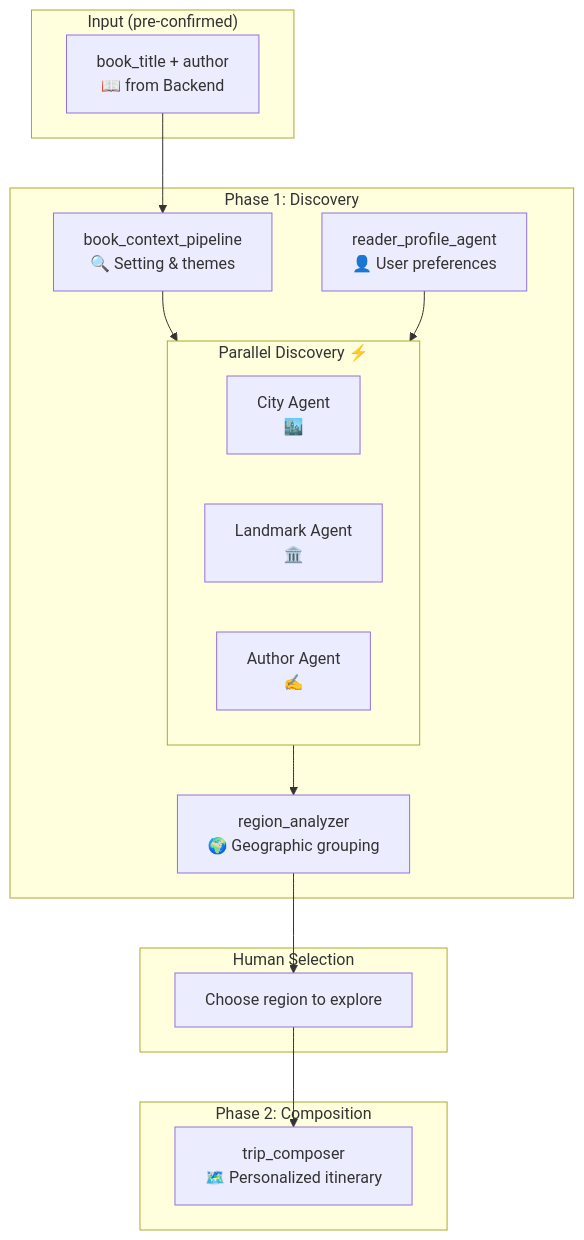
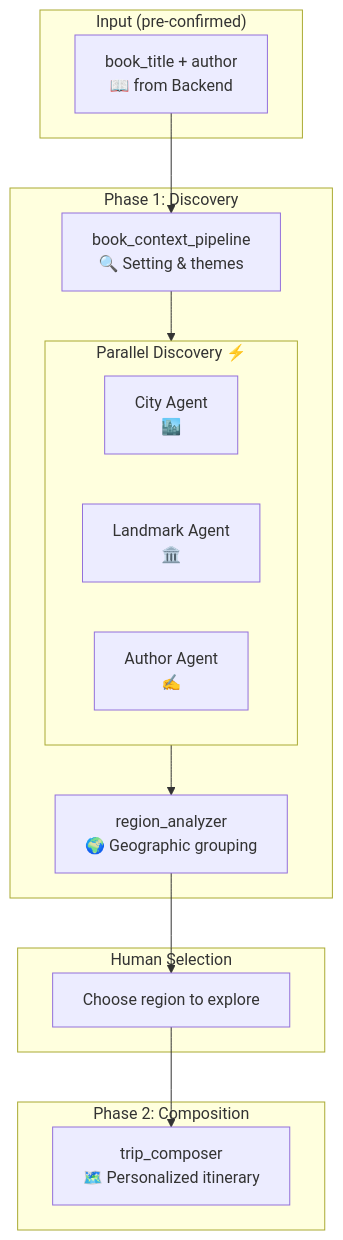
The diagram in README.md (o-ostrovskiy/storyland-ai), drawn with Mermaid before and after one commit. The commit also changed other lines of this file and 7 other files, not shown here.

````diff
--- a/README.md
+++ b/README.md
@@ -88,33 +88,31 @@
 ```mermaid
 flowchart TB
     subgraph Input["Input (pre-confirmed)"]
         DTO[book_title + author<br/>📖 from Backend]
     end
 
     subgraph Phase1["Phase 1: Discovery"]
         BC[book_context_pipeline<br/>🔍 Setting & themes]
-        RP[reader_profile_agent<br/>👤 User preferences]
 
         subgraph PD["Parallel Discovery ⚡"]
             CP[City Agent<br/>🏙️]
             LP[Landmark Agent<br/>🏛️]
             AP[Author Agent<br/>✍️]
         end
 
         BC --> PD
-        RP --> PD
         PD --> RA[region_analyzer<br/>🌍 Geographic grouping]
     end
 
     subgraph HITL["Human Selection"]
         Select[Choose region to explore]
     end
 
     subgraph Phase2["Phase 2: Composition"]
         TC[trip_composer<br/>🗺️ Personalized itinerary]
     end
 
     DTO --> BC
     RA --> Select
     Select --> TC
 ```
````
